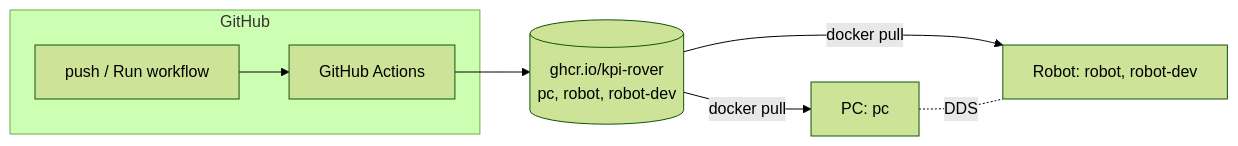
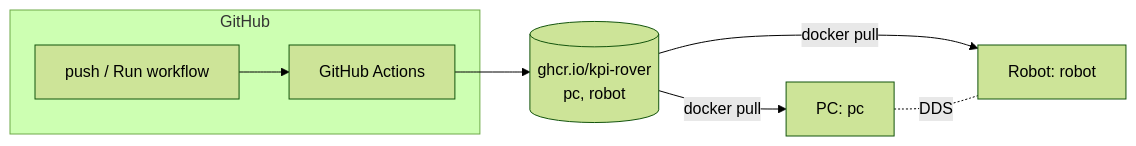
Before and after one commit to KPI-Rover/ros_sw: the diagram in README.md, drawn with Mermaid (forest theme). The commit also changed other lines of this file and 5 other files, not shown here.

First line of the commit message:
Use one robot image with build tools, drop robot-dev

````diff
--- a/README.md
+++ b/README.md
@@ -39,10 +39,10 @@
 ```mermaid
 flowchart LR
     subgraph GitHub
     A[push / Run workflow] --> B[GitHub Actions]
     end
-    B --> C[(ghcr.io/kpi-rover<br/>pc, robot, robot-dev)]
+    B --> C[(ghcr.io/kpi-rover<br/>pc, robot)]
     C -- docker pull --> D[PC: pc]
-    C -- docker pull --> E[Robot: robot, robot-dev]
+    C -- docker pull --> E[Robot: robot]
     D -. DDS .- E
 ```
````
